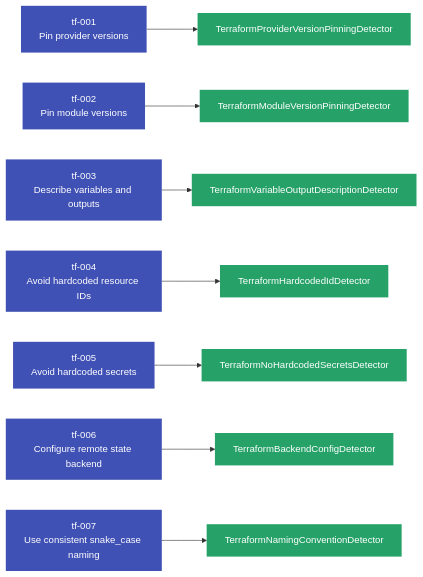
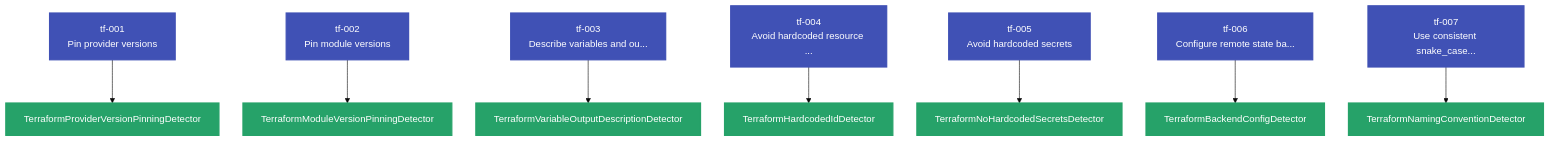
One commit to Anselmoo/mcp-zen-of-languages changed the first of 4 diagrams in docs/user-guide/languages/terraform.md. Above: the diagram before and after it, drawn with Mermaid. The commit also changed other lines of this file and 20 other files, not shown here.

Commit message:
fix: improve Mermaid visualization - contrast, text overflow, new diagrams

````diff
--- a/docs/user-guide/languages/terraform.md
+++ b/docs/user-guide/languages/terraform.md
@@ -131,40 +131,41 @@
     ```mermaid
-    graph LR
+%%{init: {"theme": "base", "flowchart": {"useMaxWidth": false, "htmlLabels": true, "nodeSpacing": 40, "rankSpacing": 60}}}%%
+    graph TD
     tf_001["tf-001<br/>Pin provider versions"]
     tf_002["tf-002<br/>Pin module versions"]
-    tf_003["tf-003<br/>Describe variables and outputs"]
-    tf_004["tf-004<br/>Avoid hardcoded resource IDs"]
+    tf_003["tf-003<br/>Describe variables and ou..."]
+    tf_004["tf-004<br/>Avoid hardcoded resource ..."]
     tf_005["tf-005<br/>Avoid hardcoded secrets"]
-    tf_006["tf-006<br/>Configure remote state backend"]
-    tf_007["tf-007<br/>Use consistent snake_case naming"]
+    tf_006["tf-006<br/>Configure remote state ba..."]
+    tf_007["tf-007<br/>Use consistent snake_case..."]
     det_TerraformBackendConfigDetector["TerraformBackendConfigDetector"]
     tf_006 --> det_TerraformBackendConfigDetector
     det_TerraformHardcodedIdDetector["TerraformHardcodedIdDetector"]
     tf_004 --> det_TerraformHardcodedIdDetector
     det_TerraformModuleVersionPinningDetector["TerraformModuleVersionPinningDetector"]
     tf_002 --> det_TerraformModuleVersionPinningDetector
     det_TerraformNamingConventionDetector["TerraformNamingConventionDetector"]
     tf_007 --> det_TerraformNamingConventionDetector
     det_TerraformNoHardcodedSecretsDetector["TerraformNoHardcodedSecretsDetector"]
     tf_005 --> det_TerraformNoHardcodedSecretsDetector
     det_TerraformProviderVersionPinningDetector["TerraformProviderVersionPinningDetector"]
     tf_001 --> det_TerraformProviderVersionPinningDetector
     det_TerraformVariableOutputDescriptionDetector["TerraformVariableOutputDescriptionDetector"]
     tf_003 --> det_TerraformVariableOutputDescriptionDetector
-    classDef principle fill:#4051b5,color:#fff,stroke:none
-    classDef detector fill:#26a269,color:#fff,stroke:none
+    classDef principle fill:#4051b5,color:#ffffff,stroke:#4051b5,stroke-width:2px
+    classDef detector fill:#26a269,color:#ffffff,stroke:#26a269,stroke-width:2px
     class tf_001 principle
     class tf_002 principle
     class tf_003 principle
     class tf_004 principle
     class tf_005 principle
     class tf_006 principle
     class tf_007 principle
     class det_TerraformBackendConfigDetector detector
     class det_TerraformHardcodedIdDetector detector
     class det_TerraformModuleVersionPinningDetector detector
     class det_TerraformNamingConventionDetector detector
     class det_TerraformNoHardcodedSecretsDetector detector
     class det_TerraformProviderVersionPinningDetector detector
     class det_TerraformVariableOutputDescriptionDetector detector
     ```
````
